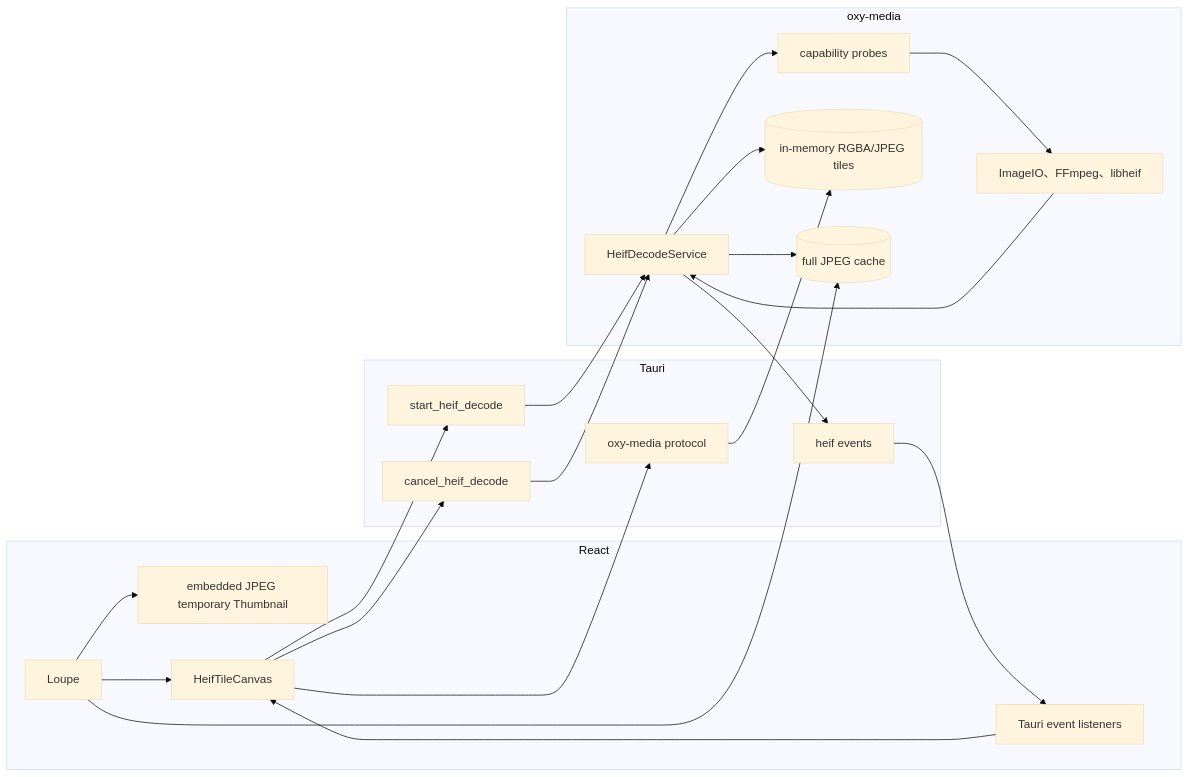
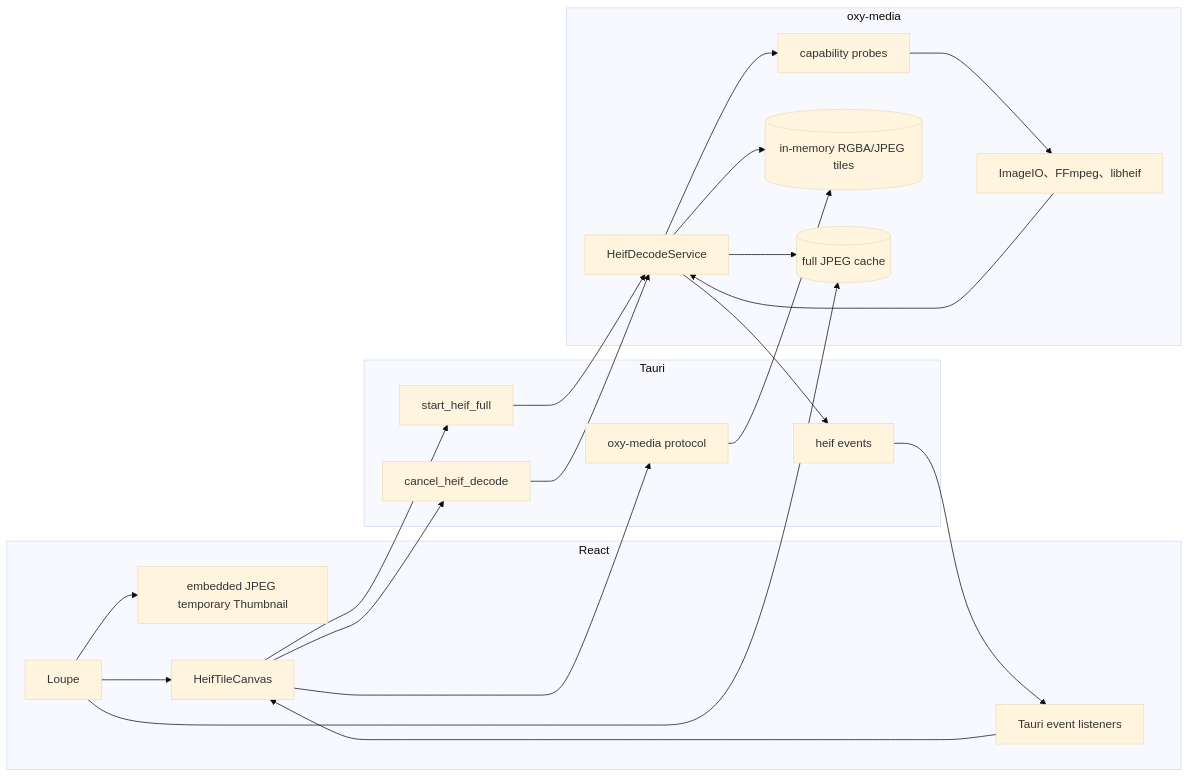
One commit to oxygenkun/oxyviewer changed the first of 4 diagrams in docs/architecture/04-heif-tile-session.md. Above: the diagram before and after it, drawn with Mermaid (base theme). The commit also changed other lines of this file and 53 other files, not shown here.

````diff
--- a/docs/architecture/04-heif-tile-session.md
+++ b/docs/architecture/04-heif-tile-session.md
@@ -29,42 +28,42 @@
 ```mermaid
 flowchart LR
     subgraph frontend["React"]
         loupe["Loupe"]
         basePreview["embedded JPEG temporary Thumbnail"]
         tileCanvas["HeifTileCanvas"]
         eventListener["Tauri event listeners"]
     end
 
     subgraph tauriLayer["Tauri"]
-        startCommand["start_heif_decode"]
+        startCommand["start_heif_full"]
         cancelCommand["cancel_heif_decode"]
         eventBus["heif events"]
         protocol["oxy-media protocol"]
     end
 
     subgraph mediaLayer["oxy-media"]
         service["HeifDecodeService"]
         backendProbe["capability probes"]
         backend["ImageIO、FFmpeg、libheif"]
         tileStore[("in-memory RGBA/JPEG tiles")]
         fullCache[("full JPEG cache")]
     end
 
     loupe --> basePreview
     loupe --> tileCanvas
     tileCanvas --> startCommand
     tileCanvas --> cancelCommand
     startCommand --> service
     cancelCommand --> service
     service --> backendProbe
     backendProbe --> backend
     backend --> service
     service --> tileStore
     service --> fullCache
     service --> eventBus
     eventBus --> eventListener
     eventListener --> tileCanvas
     tileCanvas --> protocol
     protocol --> tileStore
     loupe --> fullCache
 ```
````
